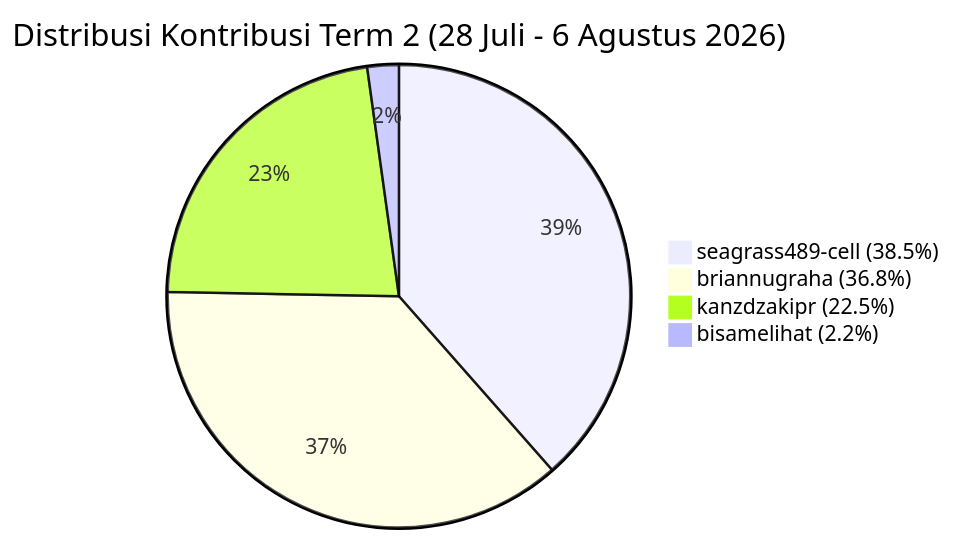
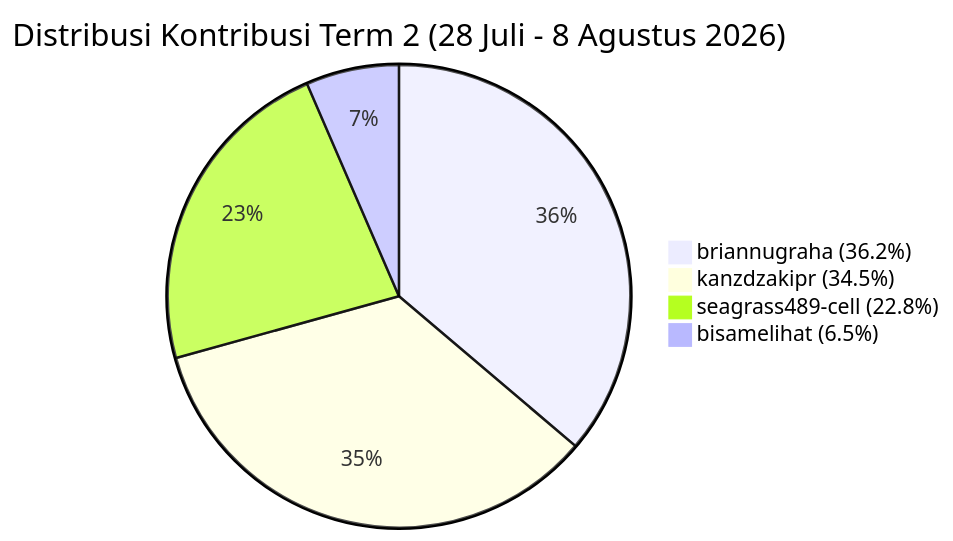
The third of 3 diagrams in KONTRIBUSI_TIM.md (kanzdzakipr/ServicePlan-BRA), drawn with Mermaid before and after one commit. The commit also changed other lines of this file, not shown here.

Commit message:
update kontribusi tim per 8 agustus 18.47

````diff
--- a/KONTRIBUSI_TIM.md
+++ b/KONTRIBUSI_TIM.md
@@ -76,7 +76,7 @@
 ```mermaid
-pie title Distribusi Kontribusi Term 2 (28 Juli - 6 Agustus 2026)
-    "seagrass489-cell (38.5%)" : 38.5
-    "briannugraha (36.8%)" : 36.8
-    "kanzdzakipr (22.5%)" : 22.5
-    "bisamelihat (2.2%)" : 2.2
+pie title Distribusi Kontribusi Term 2 (28 Juli - 8 Agustus 2026)
+    "briannugraha (36.2%)" : 36.2
+    "kanzdzakipr (34.5%)" : 34.5
+    "seagrass489-cell (22.8%)" : 22.8
+    "bisamelihat (6.5%)" : 6.5
 ```
````
